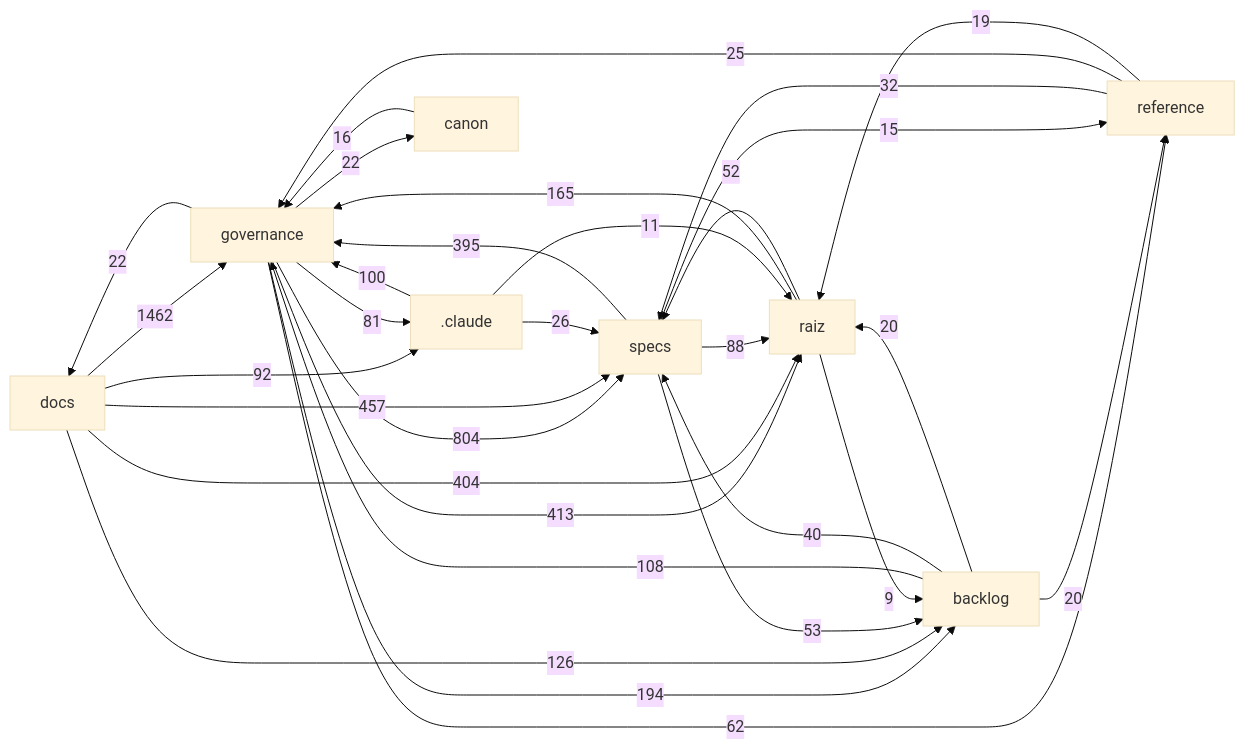
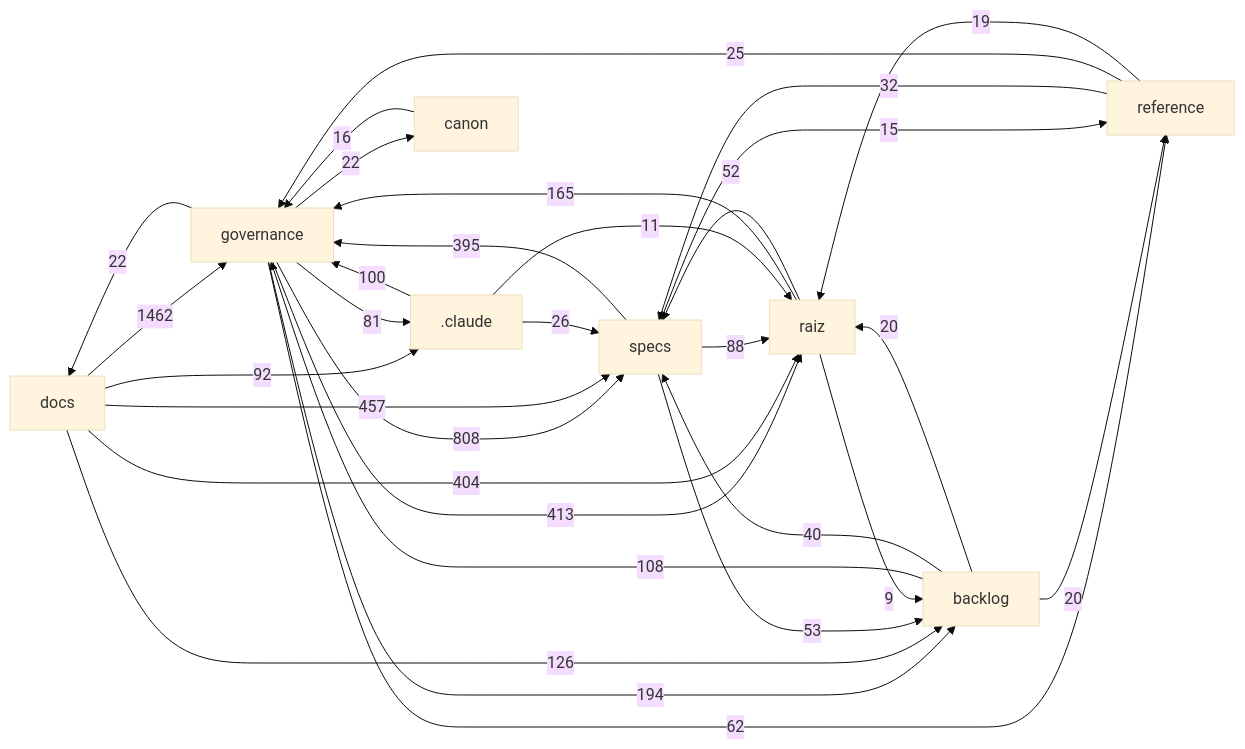
One commit to Andraus35/Sistema-Operacional-de-Trading--SOT changed the diagram in docs/mapa/MAPA-PROJETO.md. Above: the diagram before and after it, drawn with Mermaid (base theme). The commit also changed other lines of this file and 5 other files, not shown here.

````diff
--- a/docs/mapa/MAPA-PROJETO.md
+++ b/docs/mapa/MAPA-PROJETO.md
@@ -29,33 +29,33 @@
 ```mermaid
 flowchart LR
   docs["docs"] -->|1462| governance["governance"]
-  governance["governance"] -->|804| specs["specs"]
+  governance["governance"] -->|808| specs["specs"]
   docs["docs"] -->|457| specs["specs"]
   governance["governance"] -->|413| raiz["raiz"]
   docs["docs"] -->|404| raiz["raiz"]
   specs["specs"] -->|395| governance["governance"]
   governance["governance"] -->|194| backlog["backlog"]
   raiz["raiz"] -->|165| governance["governance"]
   docs["docs"] -->|126| backlog["backlog"]
   backlog["backlog"] -->|108| governance["governance"]
   _claude[".claude"] -->|100| governance["governance"]
   docs["docs"] -->|92| _claude[".claude"]
   specs["specs"] -->|88| raiz["raiz"]
   governance["governance"] -->|81| _claude[".claude"]
   governance["governance"] -->|62| reference["reference"]
   specs["specs"] -->|53| backlog["backlog"]
   raiz["raiz"] -->|52| specs["specs"]
   backlog["backlog"] -->|40| specs["specs"]
   reference["reference"] -->|32| specs["specs"]
   _claude[".claude"] -->|26| specs["specs"]
   reference["reference"] -->|25| governance["governance"]
   governance["governance"] -->|22| docs["docs"]
   governance["governance"] -->|22| canon["canon"]
   backlog["backlog"] -->|20| raiz["raiz"]
   backlog["backlog"] -->|20| reference["reference"]
   reference["reference"] -->|19| raiz["raiz"]
   canon["canon"] -->|16| governance["governance"]
   specs["specs"] -->|15| reference["reference"]
   _claude[".claude"] -->|11| raiz["raiz"]
   raiz["raiz"] -->|9| backlog["backlog"]
 ```
````
